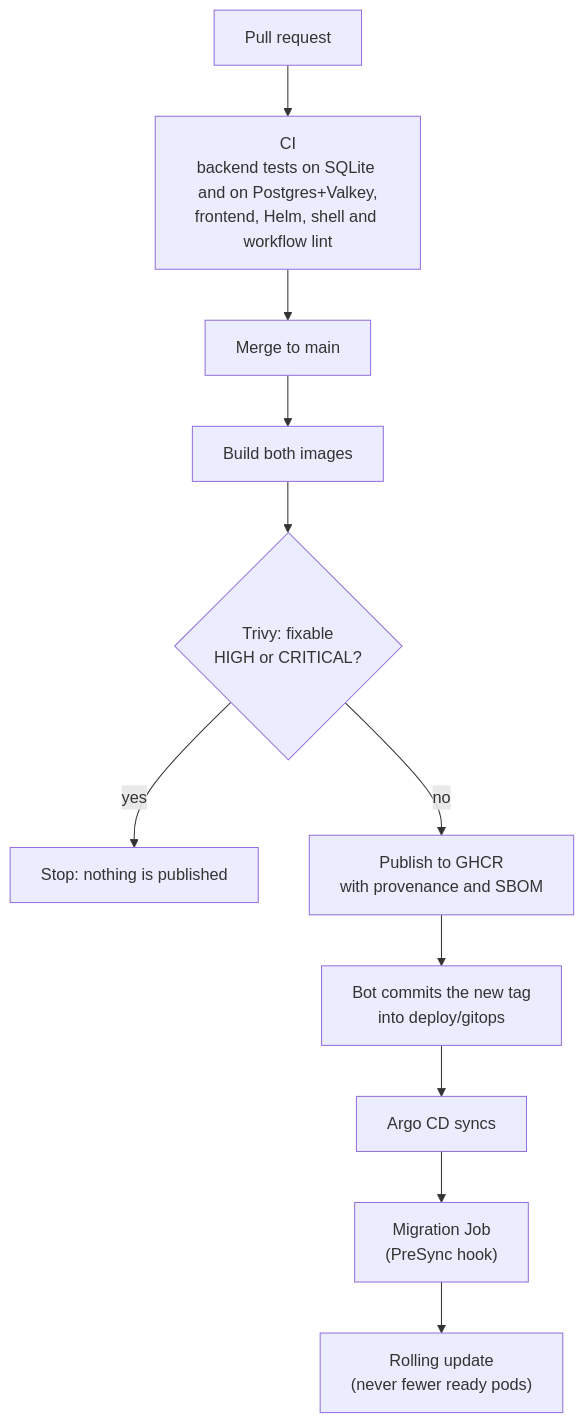
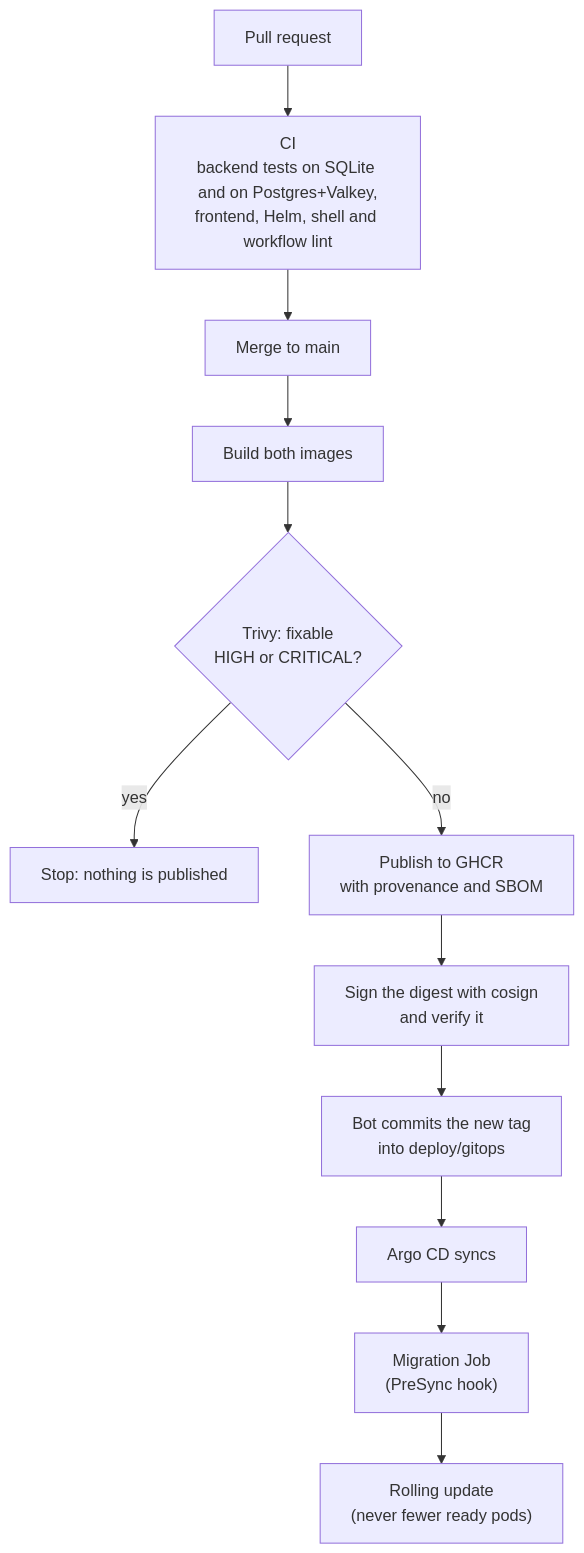
One commit to AZazwinner/Mathboard changed the third of 3 diagrams in docs/architecture.md. Above: the diagram before and after it, drawn with Mermaid. The commit also changed 2 other files, not shown here.

Commit message:
Sign published images with cosign

````diff
--- a/docs/architecture.md
+++ b/docs/architecture.md
@@ -83,13 +83,14 @@
 ```mermaid
 flowchart TD
     pr["Pull request"] --> ci["CI<br/>backend tests on SQLite and on Postgres+Valkey,<br/>frontend, Helm, shell and workflow lint"]
     ci --> merge["Merge to main"]
     merge --> build["Build both images"]
     build --> scan{"Trivy: fixable<br/>HIGH or CRITICAL?"}
     scan -->|yes| stop["Stop: nothing is published"]
     scan -->|no| push["Publish to GHCR<br/>with provenance and SBOM"]
-    push --> bump["Bot commits the new tag<br/>into deploy/gitops"]
+    push --> sign["Sign the digest with cosign<br/>and verify it"]
+    sign --> bump["Bot commits the new tag<br/>into deploy/gitops"]
     bump --> argo["Argo CD syncs"]
     argo --> migrate["Migration Job<br/>(PreSync hook)"]
     migrate --> roll["Rolling update<br/>(never fewer ready pods)"]
 ```
````
